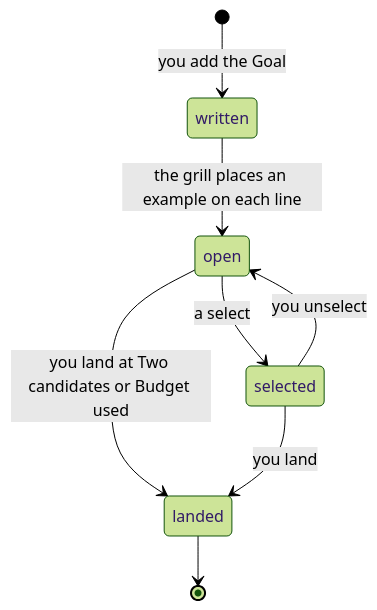
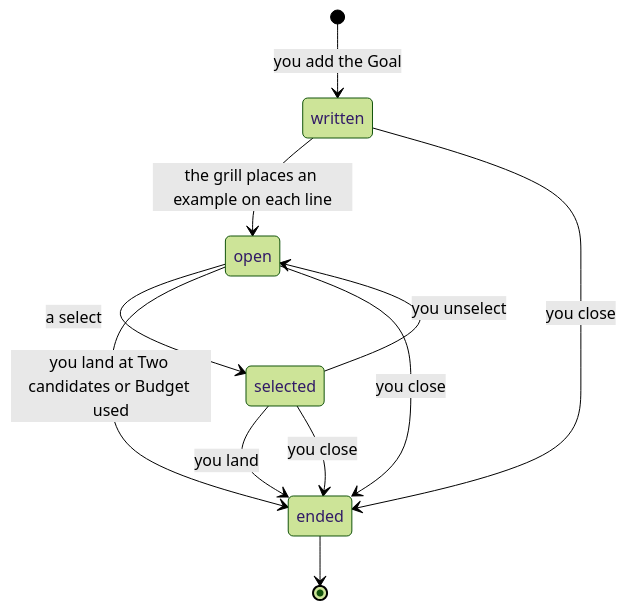
One commit to dat9uy/hyp changed the diagram in docs/owner-guide.md. Above: the diagram before and after it, drawn with Mermaid (forest theme). The commit also changed other lines of this file and 31 other files, not shown here.

````diff
--- a/docs/owner-guide.md
+++ b/docs/owner-guide.md
@@ -22,10 +22,13 @@
 ```mermaid
 stateDiagram-v2
   [*] --> written: you add the Goal
   written --> open: the grill places an example on each line
   open --> selected: a select
   selected --> open: you unselect
-  open --> landed: you land at Two candidates or Budget used
-  selected --> landed: you land
-  landed --> [*]
+  open --> ended: you land at Two candidates or Budget used
+  selected --> ended: you land
+  written --> ended: you close
+  open --> ended: you close
+  selected --> ended: you close
+  ended --> [*]
 ```
````
